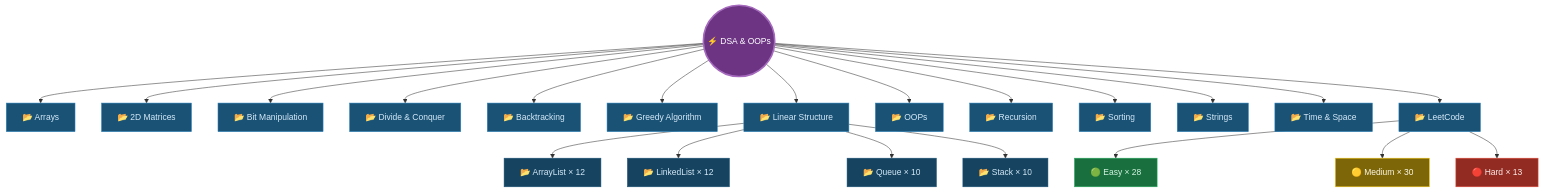
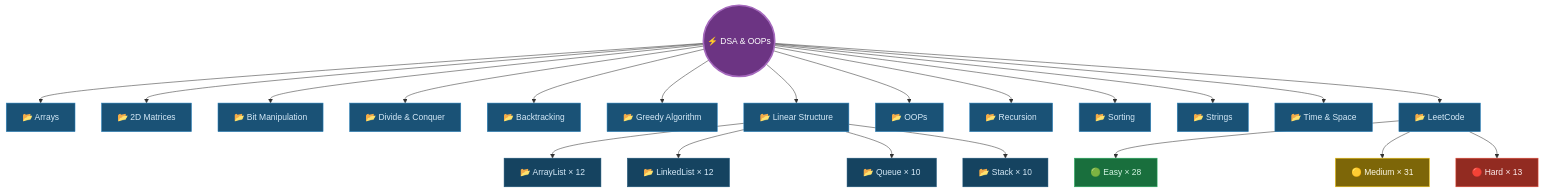
Before and after one commit to raghuvanshi-sec/DSA: the second of 2 diagrams in README.md, drawn with Mermaid. The commit also changed other lines of this file and 7 other files, not shown here.

````diff
--- a/README.md
+++ b/README.md
@@ -83,49 +83,49 @@
 ```mermaid
     flowchart TD
     R(("⚡ DSA & OOPs"))
 
     R --> A["📂 Arrays"]
     R --> M["📂 2D Matrices"]
     R --> B["📂 Bit Manipulation"]
     R --> DC["📂 Divide & Conquer"]
     R --> BK["📂 Backtracking"]
     R --> GA["📂 Greedy Algorithm"]
     R --> LS["📂 Linear Structure"]
     R --> O["📂 OOPs"]
     R --> REC["📂 Recursion"]
     R --> S["📂 Sorting"]
     R --> ST["📂 Strings"]
     R --> TS["📂 Time & Space"]
     R --> LC["📂 LeetCode"]
 
     LS --> AL["📂 ArrayList × 12"]
     LS --> LL["📂 LinkedList × 12"]
     LS --> Q["📂 Queue × 10"]
     LS --> STK["📂 Stack × 10"]
 
     LC --> E["🟢 Easy × 28"]
-    LC --> MD["🟡 Medium × 30"]
+    LC --> MD["🟡 Medium × 31"]
     LC --> H["🔴 Hard × 13"]
 
     style R fill:#6c3483,stroke:#a569bd,stroke-width:3px,color:#fff
     style A fill:#1a5276,stroke:#2e86c1,color:#d6eaf8
     style M fill:#1a5276,stroke:#2e86c1,color:#d6eaf8
     style B fill:#1a5276,stroke:#2e86c1,color:#d6eaf8
     style DC fill:#1a5276,stroke:#2e86c1,color:#d6eaf8
     style BK fill:#1a5276,stroke:#2e86c1,color:#d6eaf8
     style GA fill:#1a5276,stroke:#2e86c1,color:#d6eaf8
     style LS fill:#1a5276,stroke:#2e86c1,color:#d6eaf8
     style AL fill:#154360,stroke:#1a5276,color:#d6eaf8
     style LL fill:#154360,stroke:#1a5276,color:#d6eaf8
     style Q fill:#154360,stroke:#1a5276,color:#d6eaf8
     style STK fill:#154360,stroke:#1a5276,color:#d6eaf8
     style O fill:#1a5276,stroke:#2e86c1,color:#d6eaf8
     style REC fill:#1a5276,stroke:#2e86c1,color:#d6eaf8
     style S fill:#1a5276,stroke:#2e86c1,color:#d6eaf8
     style ST fill:#1a5276,stroke:#2e86c1,color:#d6eaf8
     style TS fill:#1a5276,stroke:#2e86c1,color:#d6eaf8
     style LC fill:#1a5276,stroke:#2e86c1,color:#d6eaf8
     style E fill:#196f3d,stroke:#27ae60,color:#d5f5e3
     style MD fill:#7d6608,stroke:#f1c40f,color:#fef9e7
     style H fill:#922b21,stroke:#e74c3c,color:#fdedec
 ```
````
